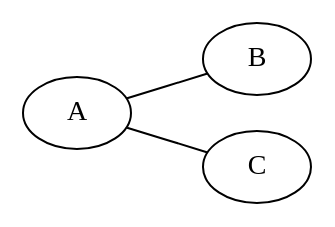
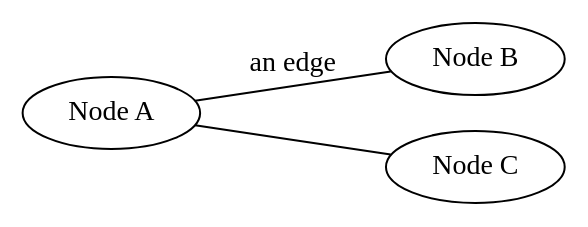
Before and after one commit to raggleton/PythiaPlotter: the first of 4 diagrams in docs/graphs_representations.rst, drawn with Graphviz. The commit also changed other lines of this file and 1 other file, not shown here.

Commit message:
Add bit more on graph theory

```diff
--- a/docs/graphs_representations.rst
+++ b/docs/graphs_representations.rst
@@ -13,7 +13,7 @@
 .. graphviz::
 
    graph foo {
       rankdir="LR";
-      A -- B;
-      A -- C;
+      "Node A" -- "Node B" [label="an edge"];
+      "Node A" -- "Node C";
    }
```
